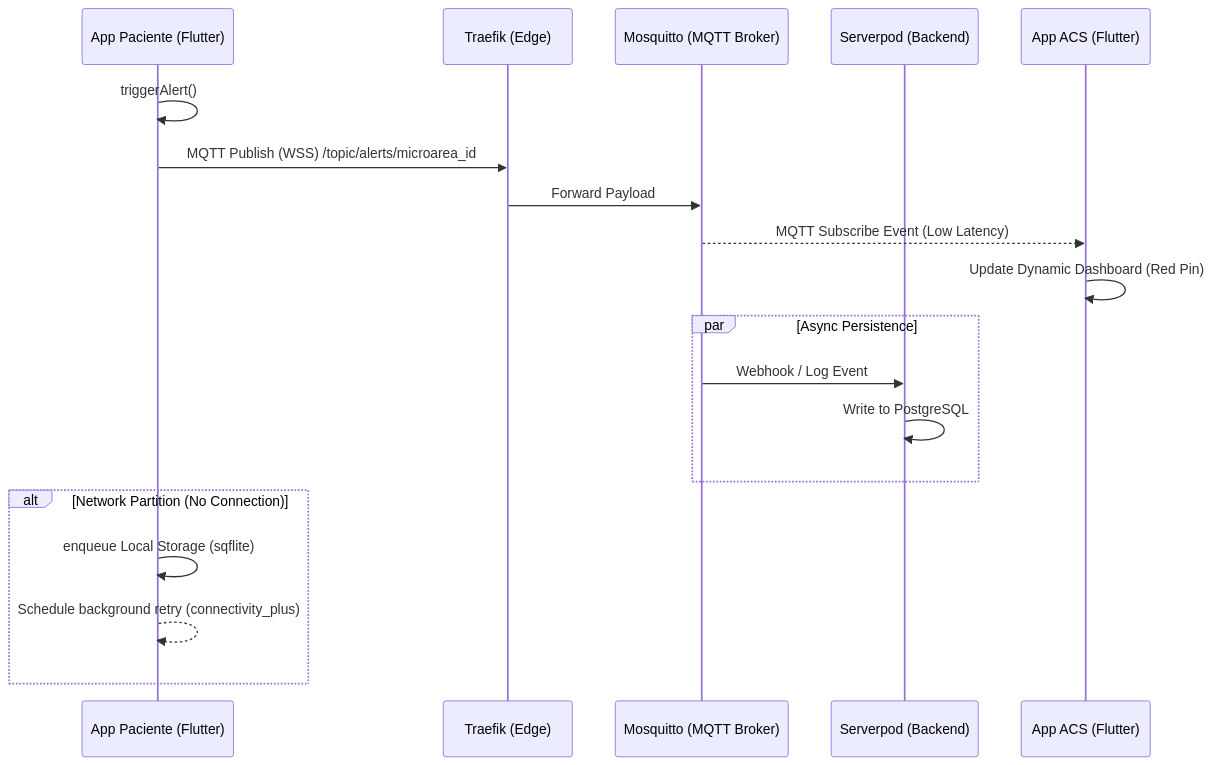
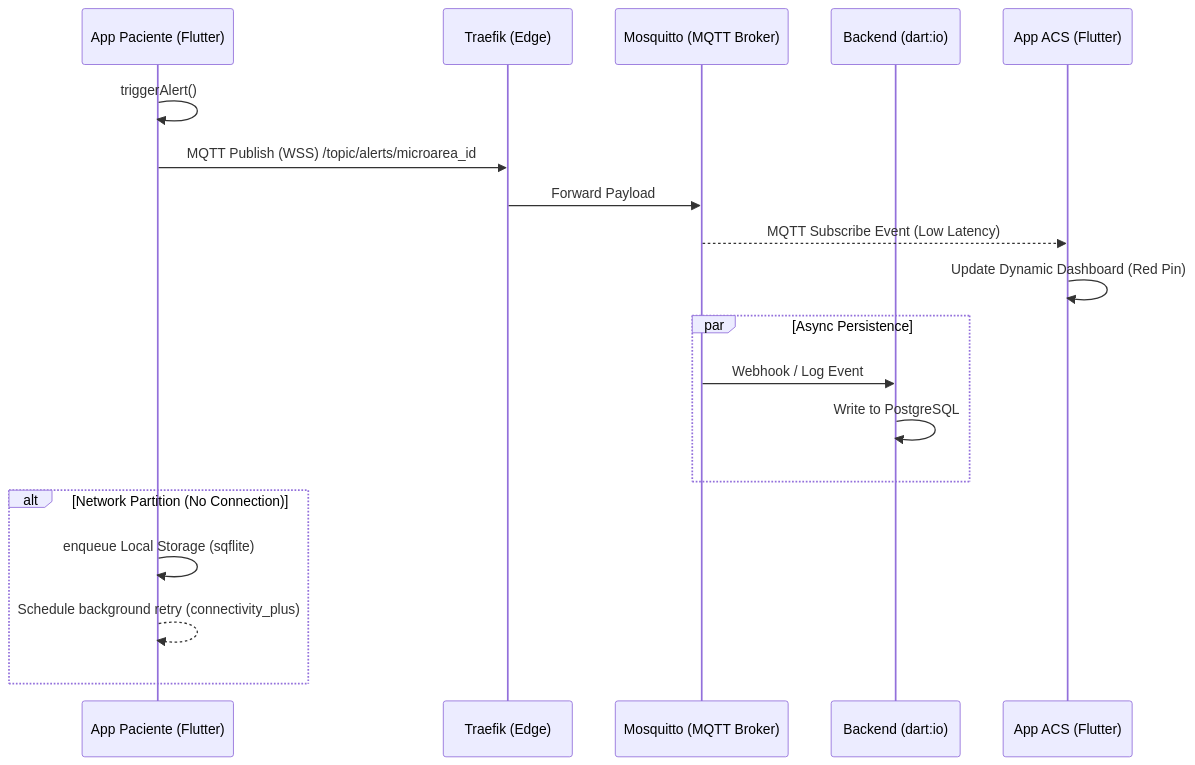
Before and after one commit to hbgit/SinalACS: the second of 3 diagrams in spec/sys_flow.md, drawn with Mermaid. The commit also changed other lines of this file and 12 other files, not shown here.

````diff
--- a/spec/sys_flow.md
+++ b/spec/sys_flow.md
@@ -95,25 +95,25 @@
 ```mermaid
 sequenceDiagram
     participant P as App Paciente (Flutter)
     participant T as Traefik (Edge)
     participant M as Mosquitto (MQTT Broker)
-    participant S as Serverpod (Backend)
+    participant S as Backend (dart:io)
     participant ACS as App ACS (Flutter)
 
     P->>P: triggerAlert()
     P->>T: MQTT Publish (WSS) /topic/alerts/microarea_id
     T->>M: Forward Payload
     M-->>ACS: MQTT Subscribe Event (Low Latency)
     ACS->>ACS: Update Dynamic Dashboard (Red Pin)
     
     par Async Persistence
         M->>S: Webhook / Log Event
         S->>S: Write to PostgreSQL
     end
 
     alt Network Partition (No Connection)
         P->>P: enqueue Local Storage (sqflite)
         P-->>P: Schedule background retry (connectivity_plus)
     end
 
 ```
````
